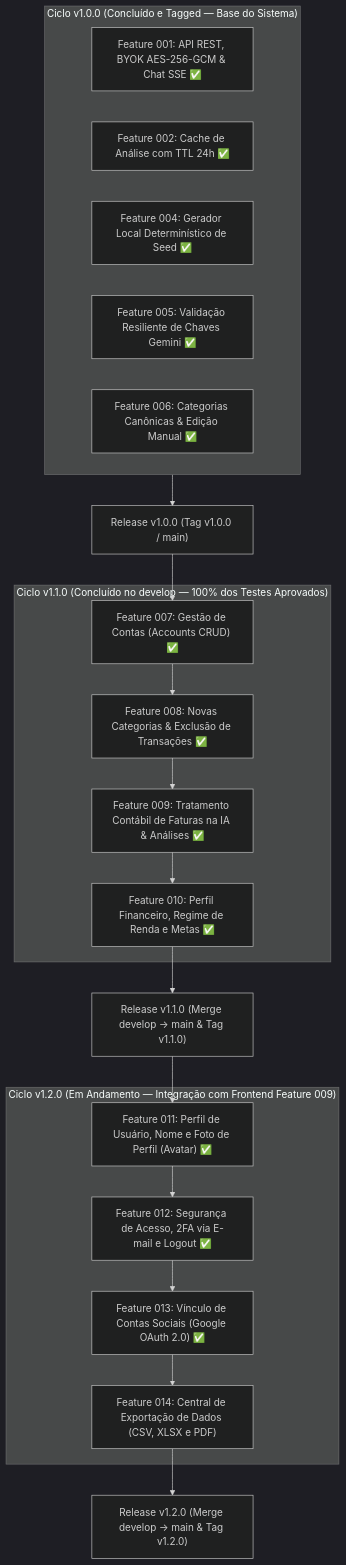
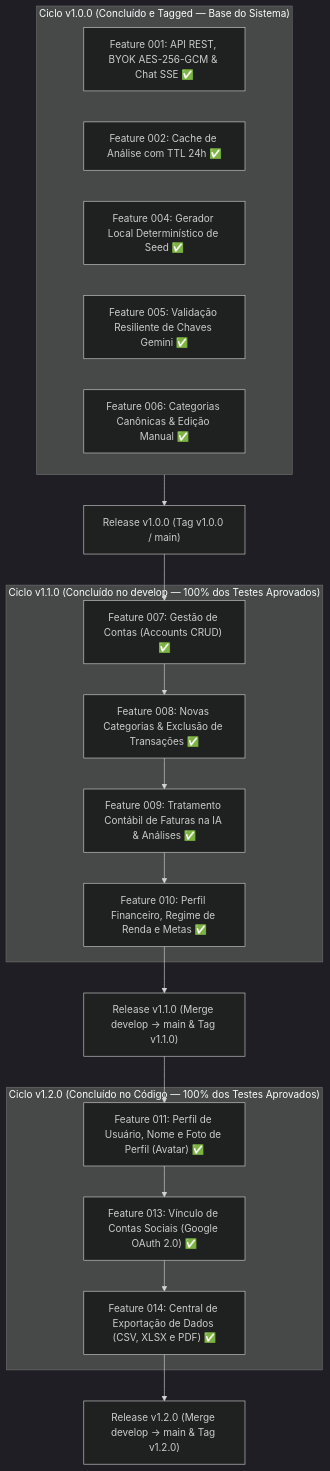
The first of 2 diagrams in ROADMAP.md (Projeto-TCC-Dash/projeto-backend-dashboard), drawn with Mermaid (dark theme) before and after one commit. The commit also changed other lines of this file and 22 other files, not shown here.

Commit message:
feat(export): implement feature 014 financial data export (csv, xlsx, pdf)

````diff
--- a/ROADMAP.md
+++ b/ROADMAP.md
@@ -19,34 +19,32 @@
 ```mermaid
 flowchart TD
     subgraph v100 ["Ciclo v1.0.0 (Concluído e Tagged — Base do Sistema)"]
         F001["Feature 001: API REST, BYOK AES-256-GCM & Chat SSE ✅"]
         F002["Feature 002: Cache de Análise com TTL 24h ✅"]
         F004["Feature 004: Gerador Local Determinístico de Seed ✅"]
         F005["Feature 005: Validação Resiliente de Chaves Gemini ✅"]
         F006["Feature 006: Categorias Canônicas & Edição Manual ✅"]
     end
 
     subgraph v110 ["Ciclo v1.1.0 (Concluído no develop — 100% dos Testes Aprovados)"]
         F007["Feature 007: Gestão de Contas (Accounts CRUD) ✅"]
         F008["Feature 008: Novas Categorias & Exclusão de Transações ✅"]
         F009["Feature 009: Tratamento Contábil de Faturas na IA & Análises ✅"]
         F010["Feature 010: Perfil Financeiro, Regime de Renda e Metas ✅"]
     end
 
-    subgraph v120 ["Ciclo v1.2.0 (Em Andamento — Integração com Frontend Feature 009)"]
+    subgraph v120 ["Ciclo v1.2.0 (Concluído no Código — 100% dos Testes Aprovados)"]
         F011["Feature 011: Perfil de Usuário, Nome e Foto de Perfil (Avatar) ✅"]
-        F012["Feature 012: Segurança de Acesso, 2FA via E-mail e Logout ✅"]
         F013["Feature 013: Vínculo de Contas Sociais (Google OAuth 2.0) ✅"]
-        F014["Feature 014: Central de Exportação de Dados (CSV, XLSX e PDF)"]
+        F014["Feature 014: Central de Exportação de Dados (CSV, XLSX e PDF) ✅"]
     end
 
     v100 --> Release100["Release v1.0.0 (Tag v1.0.0 / main)"]
     Release100 --> F007
     F007 --> F008 --> F009 --> F010
     F010 --> Release110["Release v1.1.0 (Merge develop -> main & Tag v1.1.0)"]
     Release110 --> F011
-    F011 --> F012
-    F012 --> F013
+    F011 --> F013
     F013 --> F014
     F014 --> Release120["Release v1.2.0 (Merge develop -> main & Tag v1.2.0)"]
 ```
````
